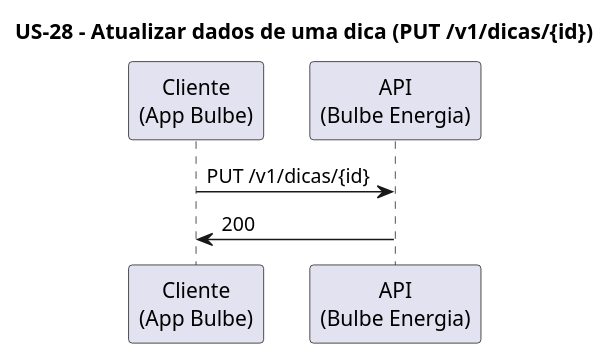
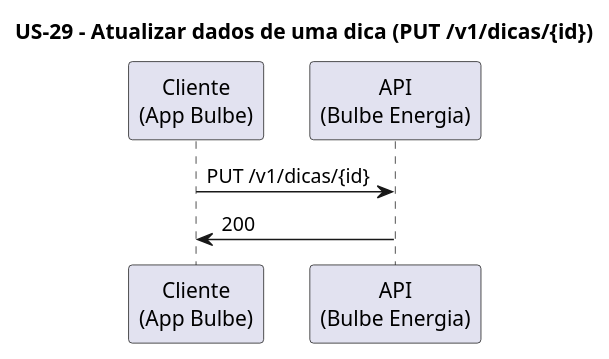
The diagram in docs/Diagramas/Sequência/US-29.puml (DrawingWithP/bulbe-cleanergy-backend), drawn with PlantUML before and after one commit. The commit also changed 3 other files, not shown here.

Commit message:
docs: add diagramas de atividade

```diff
--- a/docs/Diagramas/Sequência/US-29.puml
+++ b/docs/Diagramas/Sequência/US-29.puml
@@ -1,13 +1,13 @@
 @startuml
 
-title US-28 - Atualizar dados de uma dica (PUT /v1/dicas/{id})
+title US-29 - Atualizar dados de uma dica (PUT /v1/dicas/{id})
 
 participant "Cliente\n(App Bulbe)" as Cliente
 
 participant "API\n(Bulbe Energia)" as API
 
 Cliente -> API : PUT /v1/dicas/{id}
 
 API -> Cliente : 200
 
 @enduml
```
